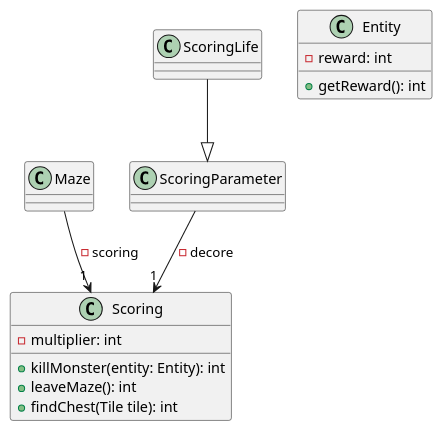
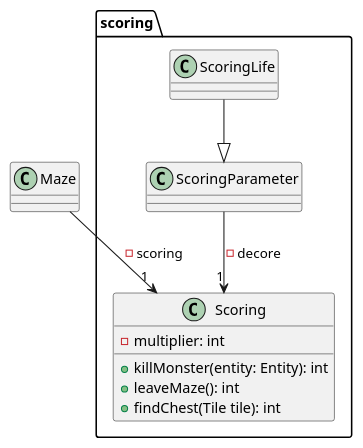
Before and after one commit to Reynault/ACL_2019_Zelpop: the diagram in doc/second_sprint/diagrams/puml/class/scoring.puml, drawn with PlantUML. The commit also changed 8 other files, not shown here.

Commit message:
second sprint: update diagrams

```diff
--- a/doc/second_sprint/diagrams/puml/class/scoring.puml
+++ b/doc/second_sprint/diagrams/puml/class/scoring.puml
@@ -1,33 +1,32 @@
 @startuml
 
 class Maze{
 
 }
 
-class Scoring{
-    - multiplier: int
-    + killMonster(entity: Entity): int
-    + leaveMaze(): int
-    + findChest(Tile tile): int
-}
+package scoring{
 
-class ScoringParameter{
+    class Scoring{
+        - multiplier: int
+        + killMonster(entity: Entity): int
+        + leaveMaze(): int
+        + findChest(Tile tile): int
+    }
 
-}
+    class ScoringParameter{
 
-class ScoringLife{
+    }
+
+    class ScoringLife{
+
+    }
 
 }
 
 ScoringLife --|> ScoringParameter
 
 ScoringParameter --> "1" Scoring: - decore
 
 Maze --> "1" Scoring: - scoring
 
-class Entity{
-    - reward: int
-    + getReward(): int
-}
-
 @enduml
```
